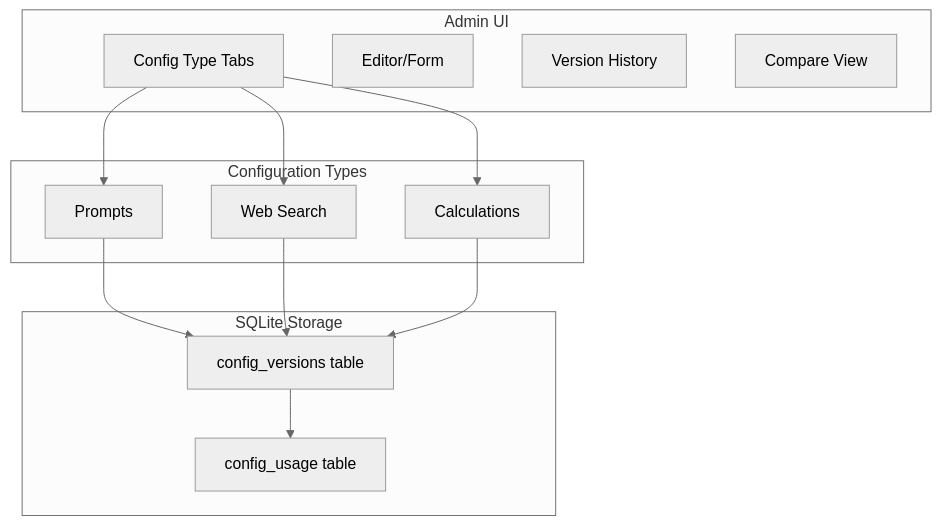
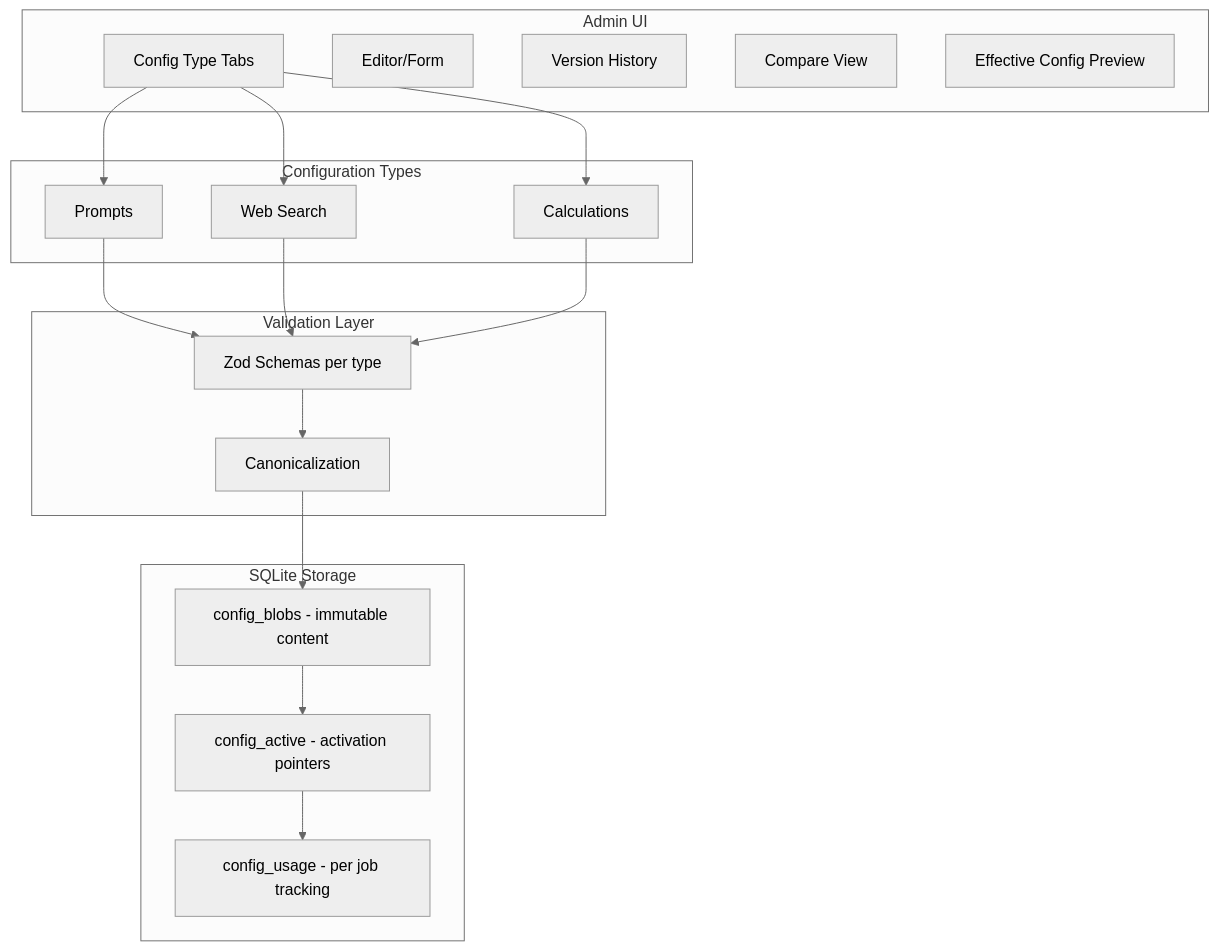
Before and after one commit to robertschaub/FactHarbor: the diagram in Docs/REVIEWS/Unified_Config_Management_Proposal.md, drawn with Mermaid (neutral theme). The commit also changed other lines of this file and 19 other files, not shown here.

````diff
--- a/Docs/REVIEWS/Unified_Config_Management_Proposal.md
+++ b/Docs/REVIEWS/Unified_Config_Management_Proposal.md
@@ -28,30 +38,40 @@
 ```mermaid
 flowchart TB
     subgraph AdminUI [Admin UI]
         Tabs[Config Type Tabs]
         Editor[Editor/Form]
         History[Version History]
         Compare[Compare View]
+        Preview[Effective Config Preview]
     end
     
     subgraph ConfigTypes [Configuration Types]
         Prompts[Prompts]
         Search[Web Search]
         Calc[Calculations]
     end
     
     subgraph Storage [SQLite Storage]
-        ConfigVersions[config_versions table]
-        ConfigUsage[config_usage table]
+        ConfigBlobs[config_blobs - immutable content]
+        ConfigActive[config_active - activation pointers]
+        ConfigUsage[config_usage - per job tracking]
+    end
+    
+    subgraph Validation [Validation Layer]
+        ZodSchemas[Zod Schemas per type]
+        Canonicalize[Canonicalization]
     end
     
     Tabs --> Prompts
     Tabs --> Search
     Tabs --> Calc
     
-    Prompts --> ConfigVersions
-    Search --> ConfigVersions
-    Calc --> ConfigVersions
+    Prompts --> ZodSchemas
+    Search --> ZodSchemas
+    Calc --> ZodSchemas
     
-    ConfigVersions --> ConfigUsage
+    ZodSchemas --> Canonicalize
+    Canonicalize --> ConfigBlobs
+    ConfigBlobs --> ConfigActive
+    ConfigActive --> ConfigUsage
 ```
````
